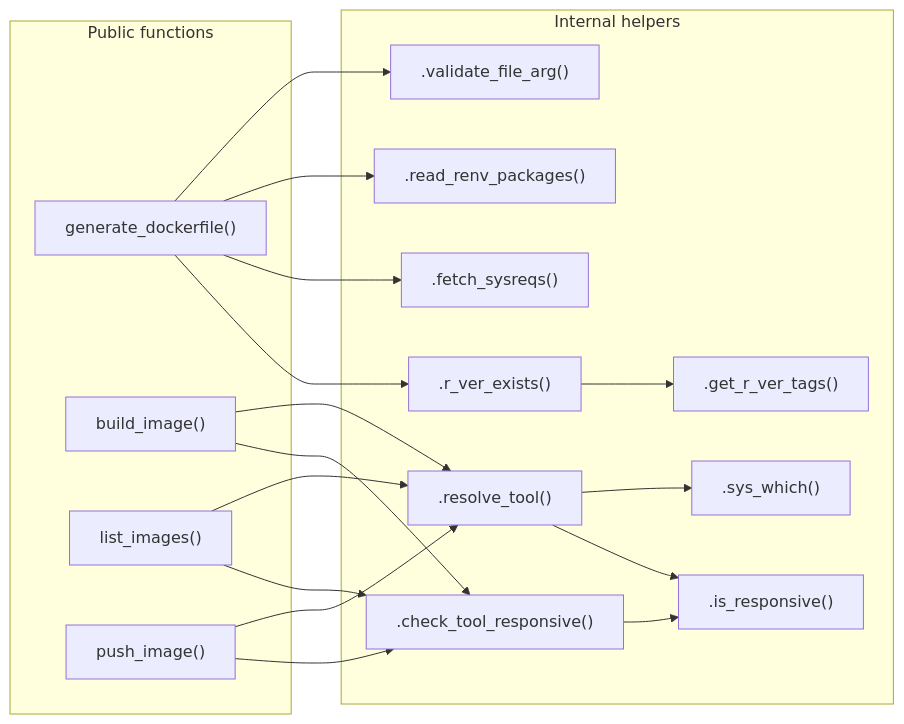
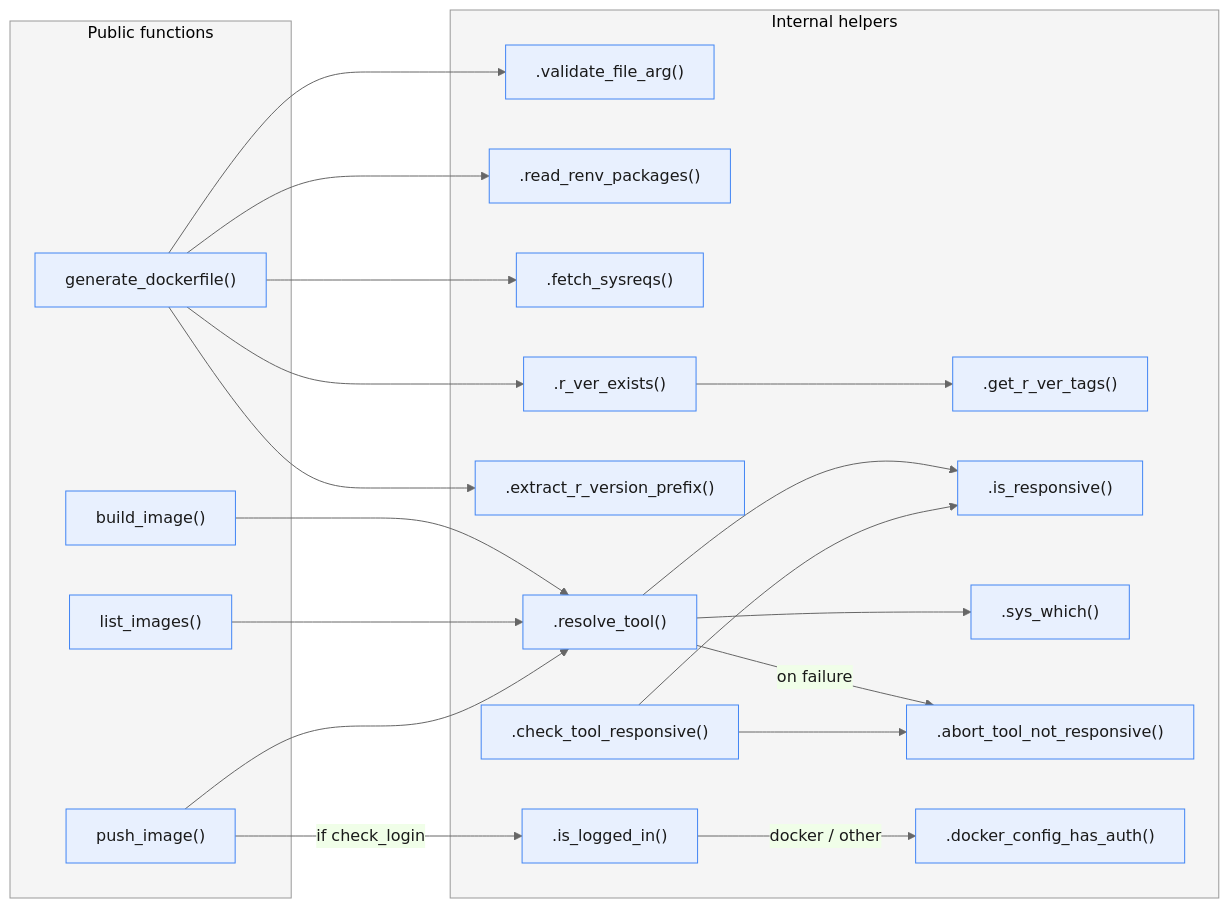
One commit to erwinlares/containr changed the seventh of 8 diagrams in diagrams.qmd. Above: the diagram before and after it, drawn with Mermaid. The commit also changed other lines of this file, not shown here.

Commit message:
updated: diagrams.qmd to better understand the package codebase

````diff
--- a/diagrams.qmd
+++ b/diagrams.qmd
@@ -274,34 +304,41 @@
 ```{mermaid}
+%%{init: {'theme': 'base', 'themeVariables': {'background': '#ffffff', 'primaryColor': '#e8f0fe', 'primaryTextColor': '#1a1a1a', 'primaryBorderColor': '#4285f4', 'lineColor': '#666666', 'clusterBkg': '#f5f5f5', 'clusterBorder': '#999999'}}}%%
 flowchart LR
     subgraph Public["Public functions"]
         GD["generate_dockerfile()"]
         BI["build_image()"]
         LI["list_images()"]
         PI["push_image()"]
     end
     subgraph Helpers["Internal helpers"]
         VFA[".validate_file_arg()"]
         RRP[".read_renv_packages()"]
         FS[".fetch_sysreqs()"]
         RVE[".r_ver_exists()"]
         GRT[".get_r_ver_tags()"]
+        ERVP[".extract_r_version_prefix()"]
         RT[".resolve_tool()"]
-        CTR[".check_tool_responsive()"]
         IR[".is_responsive()"]
         SW[".sys_which()"]
+        ATR[".abort_tool_not_responsive()"]
+        IL[".is_logged_in()"]
+        DCA[".docker_config_has_auth()"]
+        CTR[".check_tool_responsive()"]
     end
     GD --> VFA
     GD --> RRP
     GD --> FS
     GD --> RVE
+    GD --> ERVP
     RVE --> GRT
     BI --> RT
-    BI --> CTR
     LI --> RT
-    LI --> CTR
     PI --> RT
-    PI --> CTR
+    PI -- "if check_login" --> IL
+    IL -- "docker / other" --> DCA
     RT --> SW
     RT --> IR
+    RT -- "on failure" --> ATR
     CTR --> IR
+    CTR --> ATR
 ```
````
